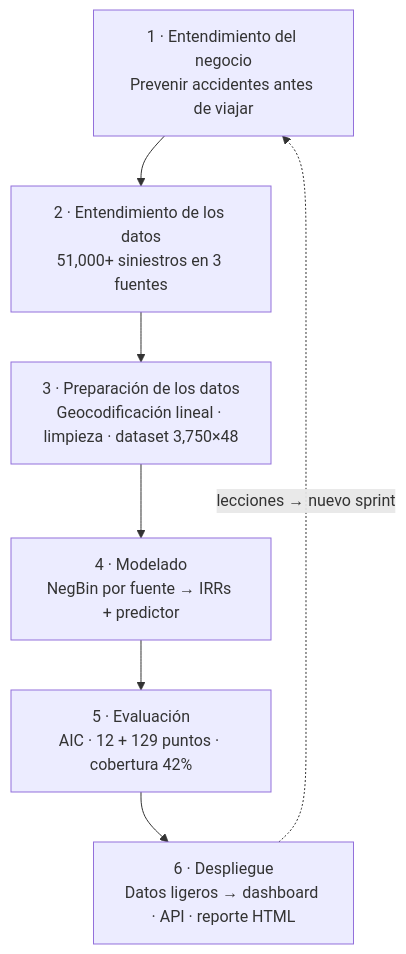
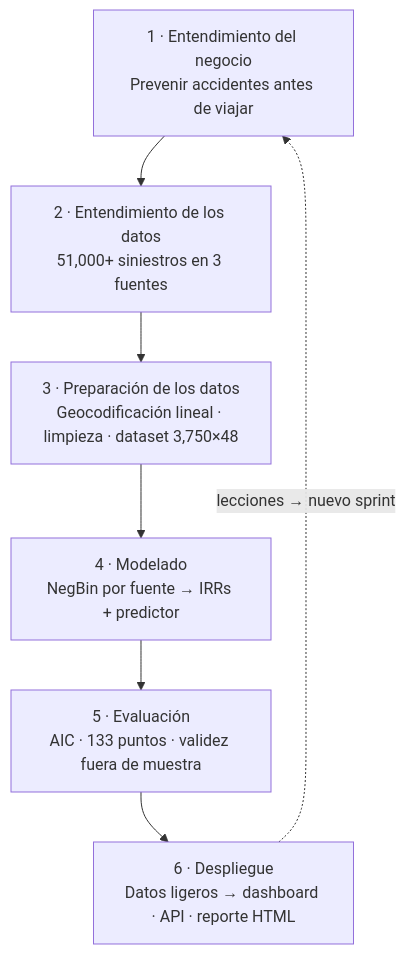
Before and after one commit to Lobitoxxx/SIPAT: the fourth of 5 diagrams in README.md, drawn with Mermaid. The commit also changed other lines of this file and 18 other files, not shown here.

````diff
--- a/README.md
+++ b/README.md
@@ -300,9 +398,9 @@
 ```mermaid
 flowchart TB
     A["1 · Entendimiento del negocio<br/>Prevenir accidentes antes de viajar"] --> B["2 · Entendimiento de los datos<br/>51,000+ siniestros en 3 fuentes"]
     B --> C["3 · Preparación de los datos<br/>Geocodificación lineal · limpieza · dataset 3,750×48"]
     C --> D["4 · Modelado<br/>NegBin por fuente → IRRs + predictor"]
-    D --> E["5 · Evaluación<br/>AIC · 12 + 129 puntos · cobertura 42%"]
+    D --> E["5 · Evaluación<br/>AIC · 133 puntos · validez fuera de muestra"]
     E --> F["6 · Despliegue<br/>Datos ligeros → dashboard · API · reporte HTML"]
     F -. "lecciones → nuevo sprint" .-> A
 ```
````
